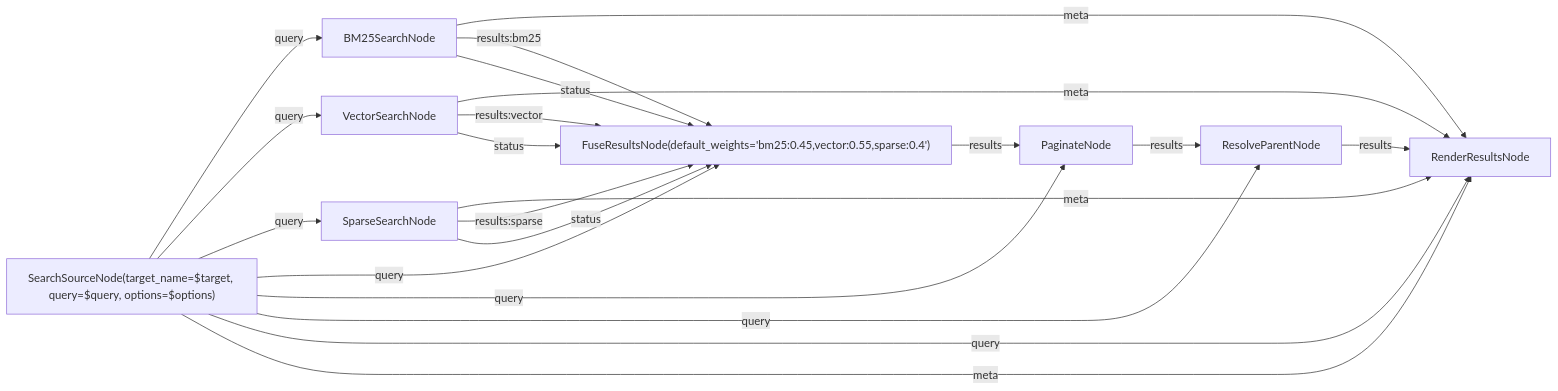
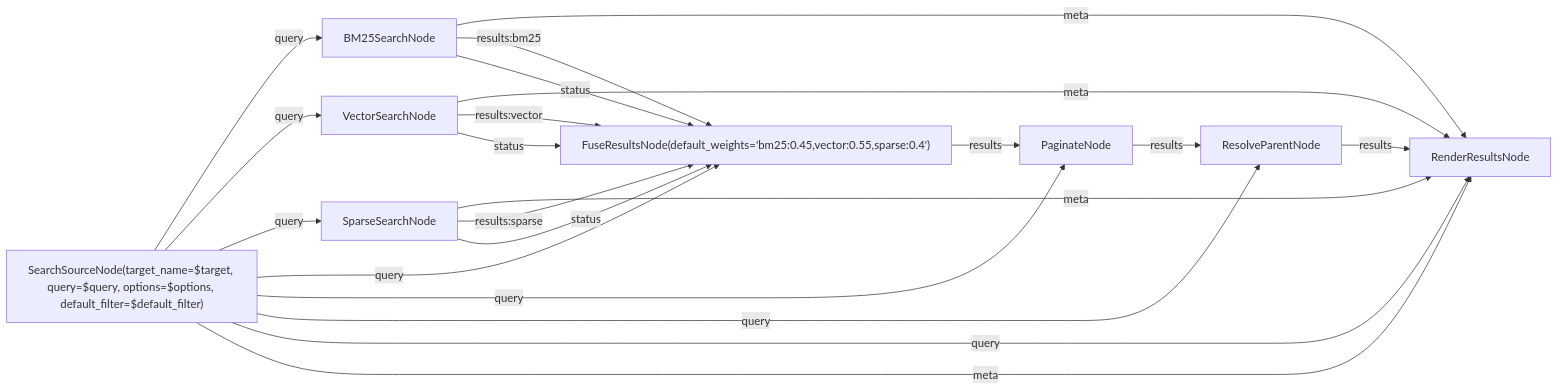
One commit to L-Defraiteur/rag3db changed the diagram in extension/rag3weaver/templates/tools/search_structured.mmd. Above: the diagram before and after it, drawn with Mermaid. The commit also changed 4 other files, not shown here.

```diff
--- a/extension/rag3weaver/templates/tools/search_structured.mmd
+++ b/extension/rag3weaver/templates/tools/search_structured.mmd
@@ -1,36 +1,37 @@
 %% tool: search_structured
 %% description: Recherche structurée dans une entité : lucivy et dense local, filtres appliqués par chaque signal avant fusion et pagination.
 %% param: target string! -- Entité où chercher.
 %% param: query string! -- Description naturelle ou nom de carte.
 %% param: options json! -- SearchOptions : filter_condition, limit, offset, signals, consistency. Les restrictions collection/deck sont injectées ici avant l'exécution.
+%% param: default_filter json = {} -- Un filtre que l'outil pose par défaut (sa liaison au manifeste) : il ne vaut que si options n'a pas de filter_condition ; un filter_condition explicite, même {}, le remplace.
 %% result: render.results
 
 graph LR
-    source["SearchSourceNode(target_name=$target, query=$query, options=$options)"]
+    source["SearchSourceNode(target_name=$target, query=$query, options=$options, default_filter=$default_filter)"]
     bm25["BM25SearchNode"]
     vector["VectorSearchNode"]
     sparse["SparseSearchNode"]
     fuse["FuseResultsNode(default_weights='bm25:0.45,vector:0.55,sparse:0.4')"]
     paginate["PaginateNode"]
     resolve["ResolveParentNode"]
     render["RenderResultsNode"]
     source -->|query| bm25
     source -->|query| vector
     source -->|query| sparse
     source -->|query| fuse
     source -->|query| paginate
     source -->|query| resolve
     source -->|query| render
     source -->|meta| render
     bm25 -->|meta| render
     vector -->|meta| render
     sparse -->|meta| render
     bm25 -->|results:bm25| fuse
     bm25 -->|status| fuse
     vector -->|results:vector| fuse
     vector -->|status| fuse
     sparse -->|results:sparse| fuse
     sparse -->|status| fuse
     fuse -->|results| paginate
     paginate -->|results| resolve
     resolve -->|results| render
```
